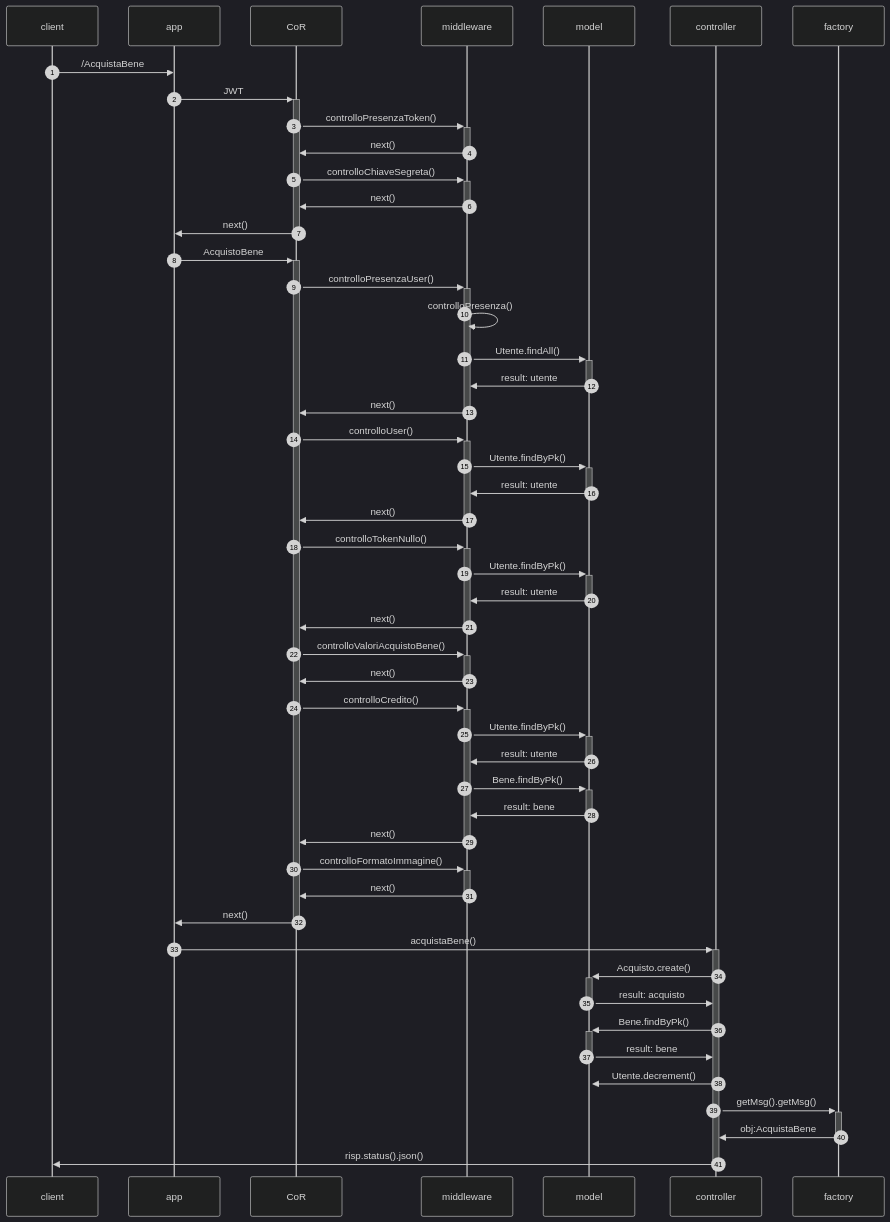
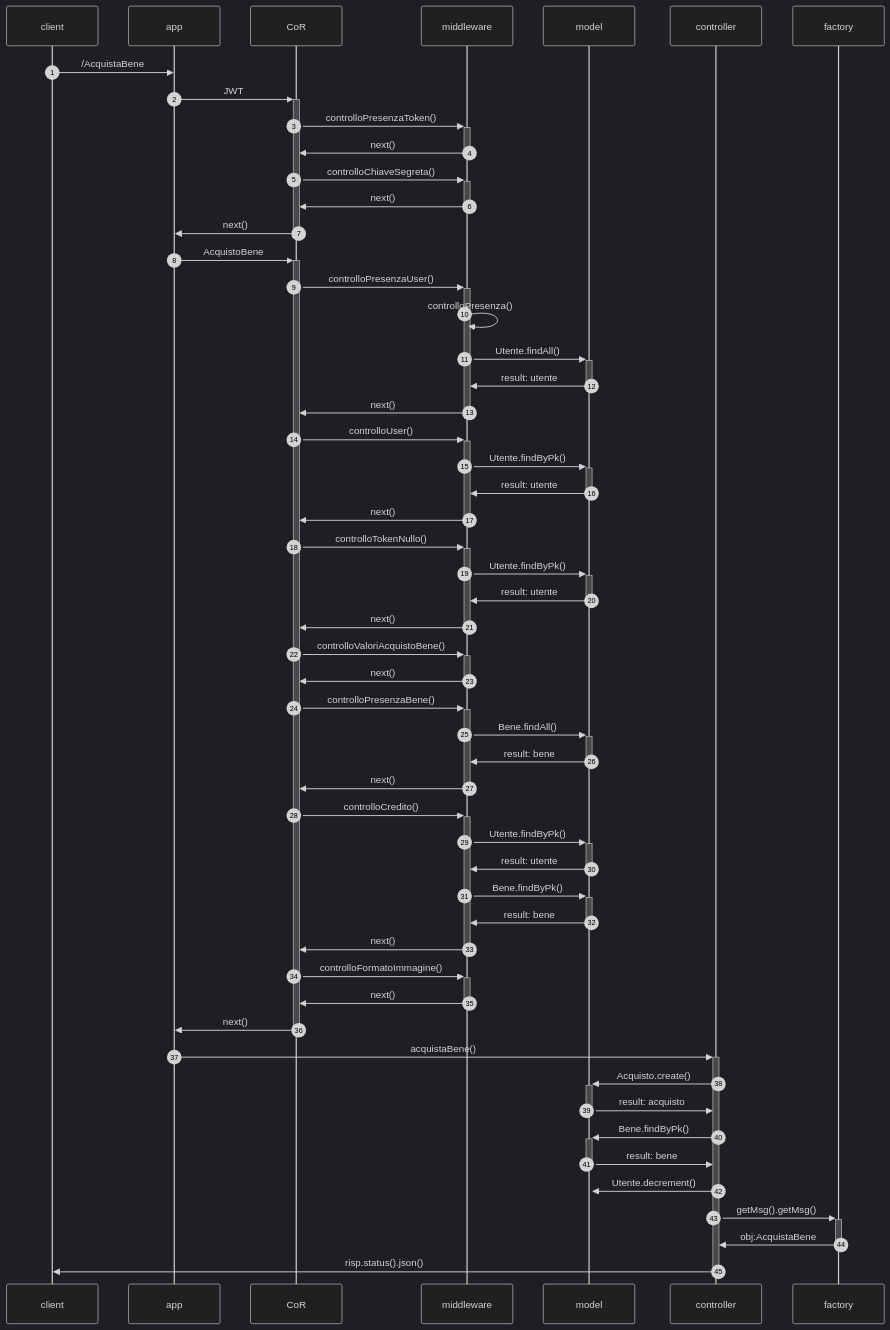
Before and after one commit to MargheritaGaleazzi/AcquistoBeniStorici-Progetto-PA: the third of 6 diagrams in README.md, drawn with Mermaid (dark theme). The commit also changed other lines of this file, not shown here.

````diff
--- a/README.md
+++ b/README.md
@@ -305,45 +311,49 @@
 ```mermaid
 sequenceDiagram
 autonumber
 client ->> app: /AcquistaBene
 app ->>+ CoR: JWT
 CoR ->>+ middleware: controlloPresenzaToken()
 middleware ->>- CoR:  next()
 CoR ->>+ middleware: controlloChiaveSegreta()
 middleware ->>- CoR:  next()
 CoR ->>- app : next()
 app ->>+ CoR: AcquistoBene
 CoR ->>+ middleware: controlloPresenzaUser()
 middleware ->> middleware: controlloPresenza()
 middleware ->>+ model: Utente.findAll()
 model ->>- middleware: result: utente
 middleware ->>- CoR:  next()
 CoR ->>+ middleware: controlloUser()
 middleware ->>+ model: Utente.findByPk()
 model ->>- middleware: result: utente
 middleware ->>- CoR:  next()
 CoR ->>+ middleware: controlloTokenNullo()
 middleware ->>+ model: Utente.findByPk()
 model ->>- middleware: result: utente
 middleware ->>- CoR:  next()
 CoR ->>+ middleware: controlloValoriAcquistoBene()
 middleware ->>- CoR:  next()
+CoR ->>+ middleware: controlloPresenzaBene()
+middleware ->>+ model: Bene.findAll()
+model ->>- middleware: result: bene
+middleware ->>- CoR:  next()
 CoR ->>+ middleware: controlloCredito()
 middleware ->>+ model: Utente.findByPk()
 model ->>- middleware: result: utente
 middleware ->>+ model: Bene.findByPk()
 model ->>- middleware: result: bene
 middleware ->>- CoR:  next()
 CoR ->>+ middleware: controlloFormatoImmagine()
 middleware ->>- CoR:  next()
 CoR ->>- app : next()
 app ->>+ controller: acquistaBene()
 controller ->>+ model : Acquisto.create()
 model ->>- controller : result: acquisto
 controller ->>+ model : Bene.findByPk()
 model ->>- controller : result: bene
 controller ->>+ model : Utente.decrement()
 controller ->>+ factory : getMsg().getMsg()
 factory ->>- controller: obj:AcquistaBene
 controller ->>- client:  risp.status().json()
 ```
````
